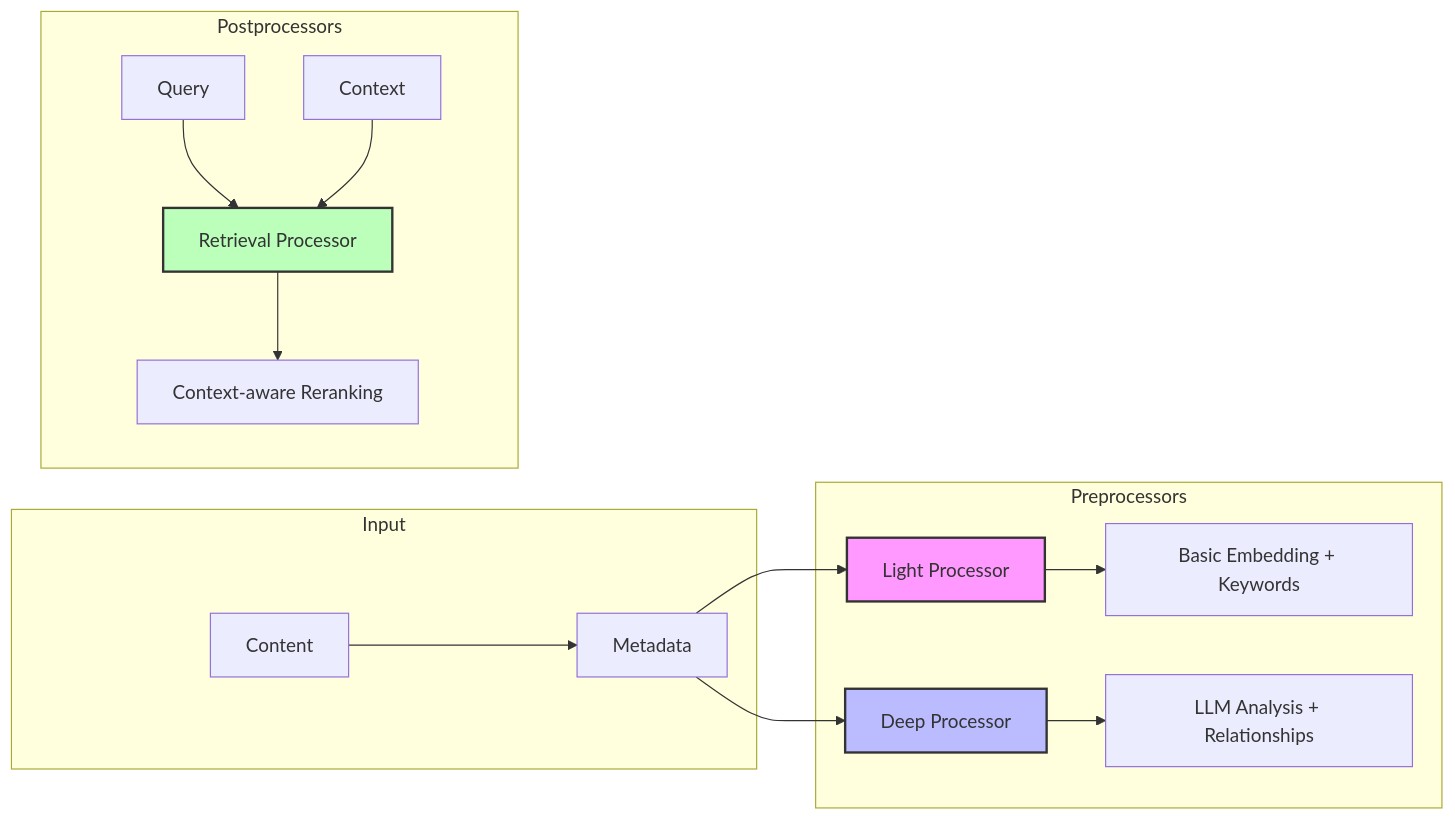
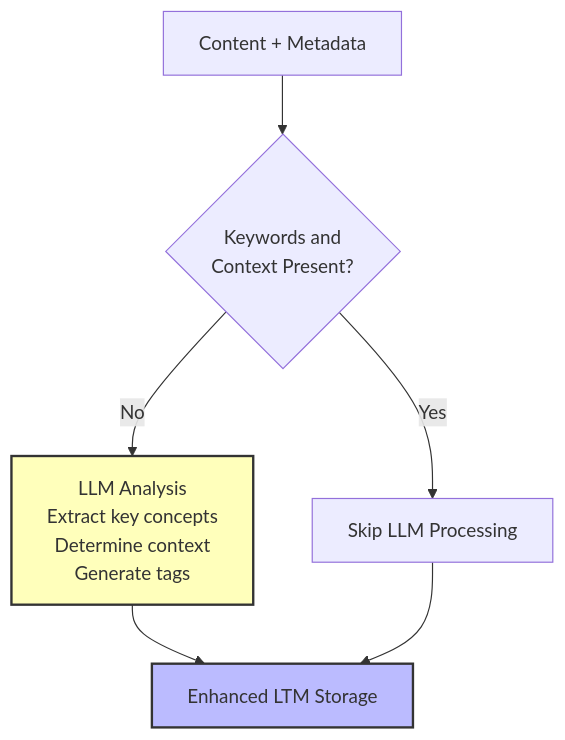
One commit to prem-research/cortex changed the fourth of 8 diagrams in README.md. Above: the diagram before and after it, drawn with Mermaid. The commit also changed other lines of this file and 23 other files, not shown here.

````diff
--- a/README.md
+++ b/README.md
@@ -112,25 +159,11 @@
 ```mermaid
-flowchart LR
-    subgraph Input
-        content[Content] --> meta[Metadata]
-    end
+flowchart TD
+    DP_in[Content + Metadata] --> DP_check{Keywords and<br/>Context Present?}
+    DP_check -->|No| DP_llm[LLM Analysis<br/>Extract key concepts<br/>Determine context<br/>Generate tags]
+    DP_check -->|Yes| DP_skip[Skip LLM Processing]
+    DP_llm --> DP_out[Enhanced LTM Storage]
+    DP_skip --> DP_out
     
-    subgraph "Preprocessors"
-        meta --> LP[Light Processor]
-        meta --> DP[Deep Processor]
-        
-        LP --> lp_out[Basic Embedding + Keywords]
-        DP --> dp_out[LLM Analysis + Relationships]
-    end
-    
-    subgraph "Postprocessors"
-        query[Query] --> RP[Retrieval Processor]
-        context[Context] --> RP
-        
-        RP --> reranked[Context-aware Reranking]
-    end
-    
-    style LP fill:#f9f,stroke:#333,stroke-width:2px
-    style DP fill:#bbf,stroke:#333,stroke-width:2px
-    style RP fill:#bfb,stroke:#333,stroke-width:2px
+    style DP_out fill:#bbf,stroke:#333,stroke-width:2px
+    style DP_llm fill:#ffb,stroke:#333,stroke-width:2px
 ```
````
